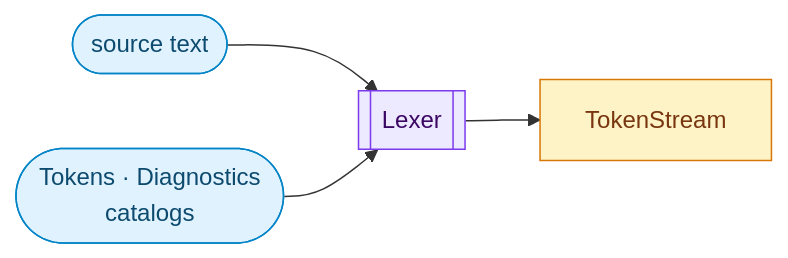
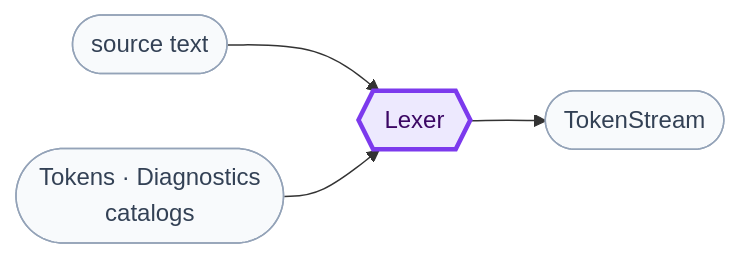
The second of 9 diagrams in docs/compiler-and-runtime-design.md (sfalik/Precept), drawn with Mermaid before and after one commit. The commit also changed other lines of this file, not shown here.

Commit message:
docs: fix diagram shape consistency and visual hierarchy in §4–§11

````diff
--- a/docs/compiler-and-runtime-design.md
+++ b/docs/compiler-and-runtime-design.md
@@ -143,15 +143,14 @@
 ```mermaid
 flowchart LR
-    SRC(["source text"]):::input
-    CAT(["Tokens · Diagnostics\ncatalogs"]):::input
-    LEX[["Lexer"]]:::stage
-    OUT["TokenStream"]:::artifact
+    classDef data fill:#f8fafc,stroke:#94a3b8,color:#334155
+    classDef stage fill:#ede9fe,stroke:#7c3aed,stroke-width:3px,color:#3b0764
+
+    SRC(["source text"]):::data
+    CAT(["Tokens · Diagnostics\ncatalogs"]):::data
+    LEX{{"Lexer"}}:::stage
+    OUT(["TokenStream"]):::data
 
     SRC --> LEX
     CAT --> LEX
     LEX --> OUT
-
-    classDef input fill:#e0f2fe,stroke:#0284c7,color:#0c4a6e
-    classDef stage fill:#ede9fe,stroke:#7c3aed,color:#3b0764
-    classDef artifact fill:#fef3c7,stroke:#d97706,color:#78350f
 ```
````
